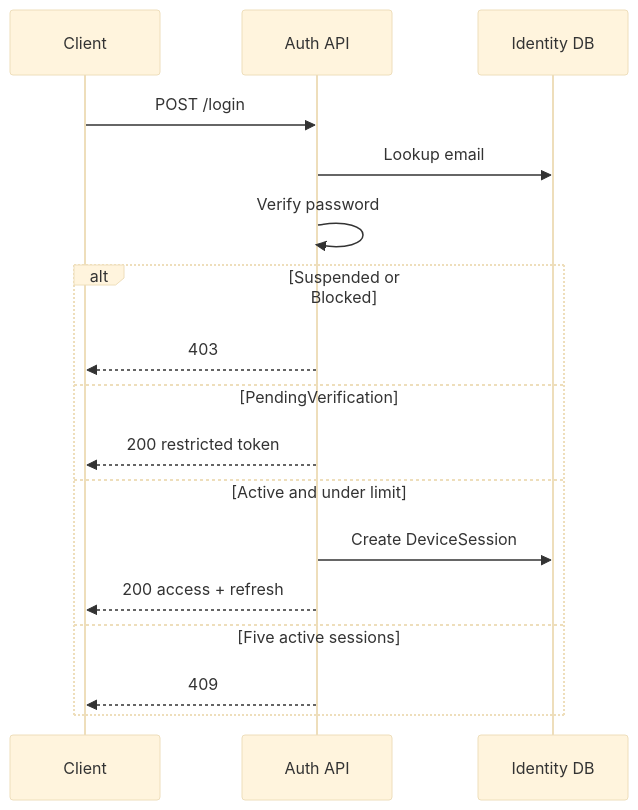
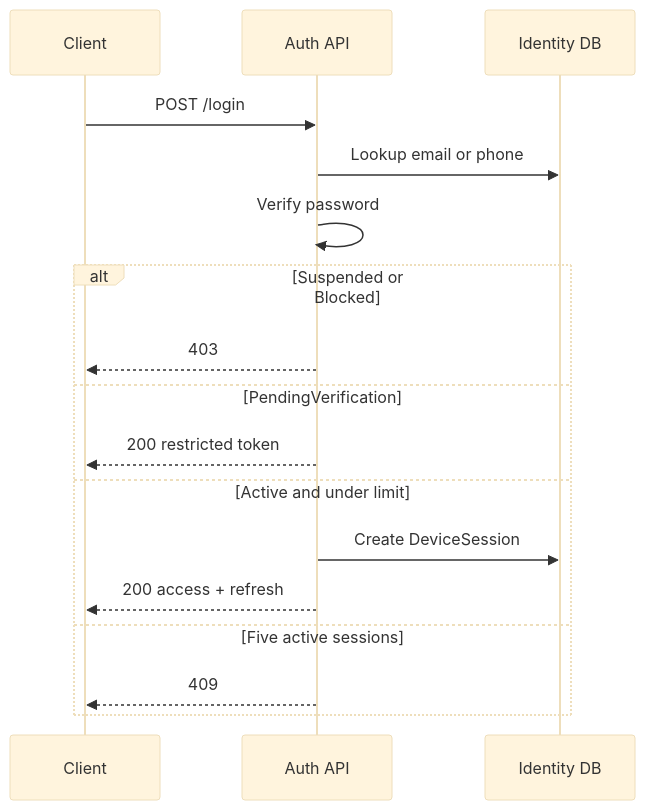
One commit to Mossad-55/Sanad_API changed the diagram in docs/auth/email-password-login.md. Above: the diagram before and after it, drawn with Mermaid (base theme). The commit also changed other lines of this file and 48 other files, not shown here.

````diff
--- a/docs/auth/email-password-login.md
+++ b/docs/auth/email-password-login.md
@@ -24,20 +28,20 @@
 ```mermaid
 sequenceDiagram
     participant Client
     participant API as Auth API
     participant DB as Identity DB
 
     Client->>API: POST /login
-    API->>DB: Lookup email
+    API->>DB: Lookup email or phone
     API->>API: Verify password
     alt Suspended or Blocked
         API-->>Client: 403
     else PendingVerification
         API-->>Client: 200 restricted token
     else Active and under limit
         API->>DB: Create DeviceSession
         API-->>Client: 200 access + refresh
     else Five active sessions
         API-->>Client: 409
     end
 ```
````
